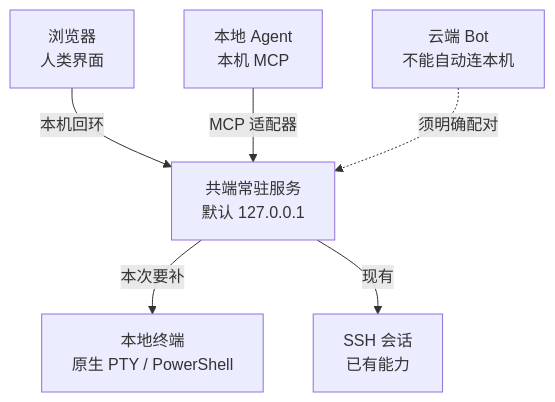
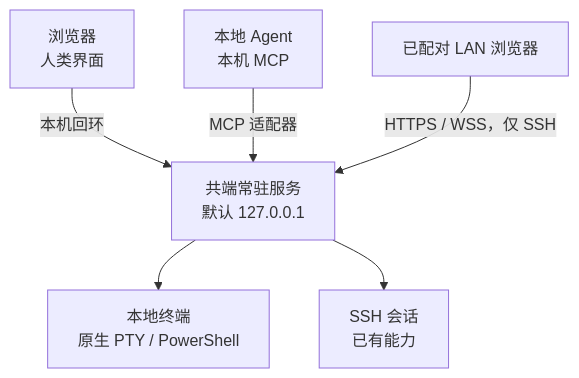
The first of 2 diagrams in docs/local-terminal.md (zhedream/shared-ssh-terminal), drawn with Mermaid before and after one commit. The commit also changed other lines of this file and 26 other files, not shown here.

````diff
--- a/docs/local-terminal.md
+++ b/docs/local-terminal.md
@@ -57,14 +55,14 @@
 ```mermaid
 flowchart TB
   ui["浏览器<br/>人类界面"]
+  lan["已配对 LAN 浏览器"]
   agent["本地 Agent<br/>本机 MCP"]
   svc["共端常驻服务<br/>默认 127.0.0.1"]
   pty["本地终端<br/>原生 PTY / PowerShell"]
   ssh["SSH 会话<br/>已有能力"]
-  cloud["云端 Bot<br/>不能自动连本机"]
   ui -->|"本机回环"| svc
   agent -->|"MCP 适配器"| svc
-  svc -->|"本次要补"| pty
-  svc -->|"现有"| ssh
-  cloud -.->|"须明确配对"| svc
+  svc --> pty
+  svc --> ssh
+  lan -->|"HTTPS / WSS，仅 SSH"| svc
 ```
````
